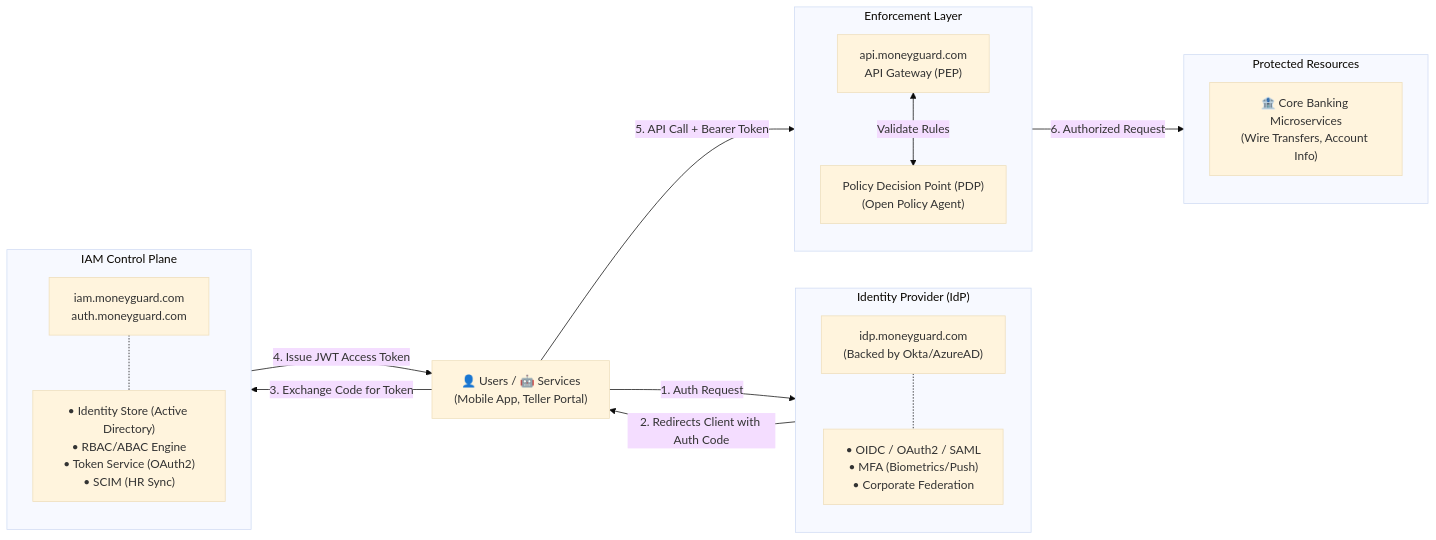
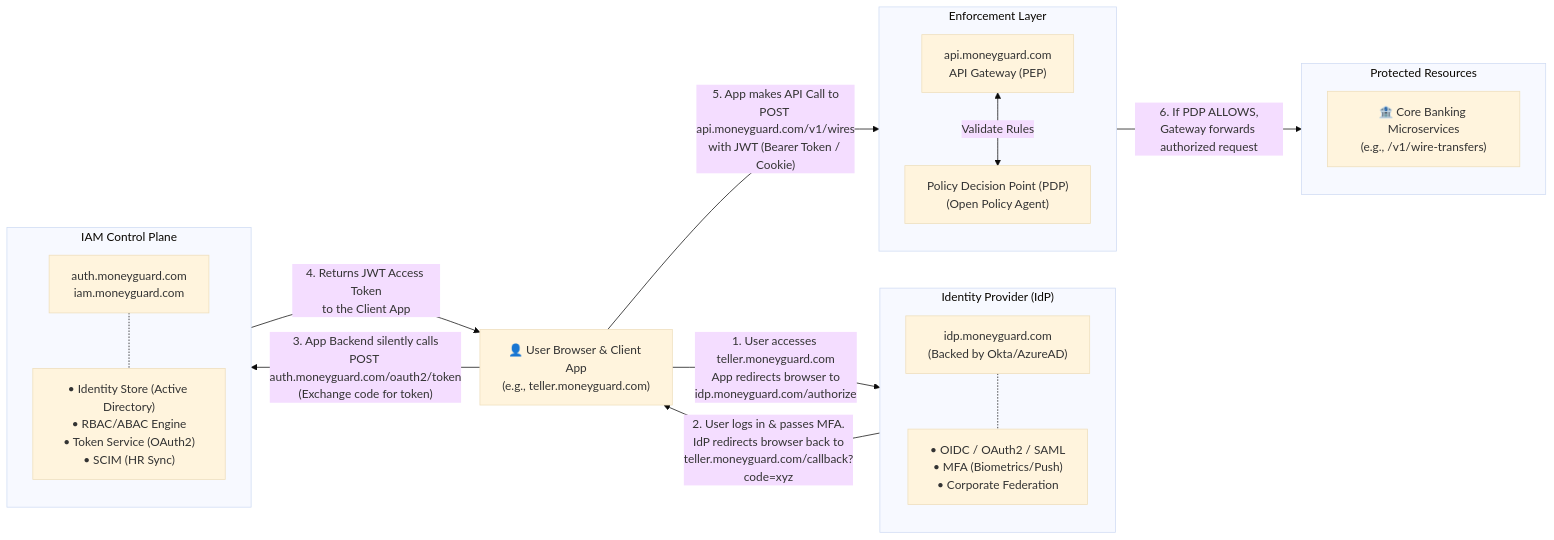
Before and after one commit to nirajp82/IdentityAccessManagement_IAM: the first of 2 diagrams in 02_AuthN_Federation/01_ZeroTrustIAMArchitecture.md, drawn with Mermaid (base theme). The commit also changed other lines of this file, not shown here.

Commit message:
Revise Zero-Trust IAM architecture diagram
Updated the architecture diagram to reflect user access flow and resource details.

````diff
--- a/02_AuthN_Federation/01_ZeroTrustIAMArchitecture.md
+++ b/02_AuthN_Federation/01_ZeroTrustIAMArchitecture.md
@@ -17,41 +16,41 @@
 ```mermaid
 flowchart LR
-    %% Define User Node
-    US["👤 Users / 🤖 Services<br>(Mobile App, Teller Portal)"]
+    %% Define User/Client Node
+    US["👤 User Browser & Client App<br>(e.g., teller.moneyguard.com)"]
 
     %% Define Subgraphs with Details
     subgraph IDP_Layer ["Identity Provider (IdP)"]
         direction TB
         IDP["idp.moneyguard.com<br>(Backed by Okta/AzureAD)"]
         IDP_Features["• OIDC / OAuth2 / SAML<br>• MFA (Biometrics/Push)<br>• Corporate Federation"]
         IDP -.- IDP_Features
     end
 
     subgraph IAM_Layer ["IAM Control Plane"]
         direction TB
-        IAM["iam.moneyguard.com<br>auth.moneyguard.com"]
+        IAM["auth.moneyguard.com<br>iam.moneyguard.com"]
         IAM_Features["• Identity Store (Active Directory)<br>• RBAC/ABAC Engine<br>• Token Service (OAuth2)<br>• SCIM (HR Sync)"]
         IAM -.- IAM_Features
     end
 
     subgraph ENF_Layer ["Enforcement Layer"]
         direction TB
         ENF["api.moneyguard.com<br>API Gateway (PEP)"]
         PDP["Policy Decision Point (PDP)<br>(Open Policy Agent)"]
         ENF <-->|Validate Rules| PDP
     end
 
     subgraph RES_Layer ["Protected Resources"]
         direction TB
-        RES["🏦 Core Banking Microservices<br>(Wire Transfers, Account Info)"]
+        RES["🏦 Core Banking Microservices<br>(e.g., /v1/wire-transfers)"]
     end
 
-    %% Define the Step-by-Step Flow
-    US -->|1. Auth Request| IDP
-    IDP -->|2. Redirects Client with Auth Code| US
-    US -->|3. Exchange Code for Token| IAM
-    IAM -->|4. Issue JWT Access Token| US
-    US -->|5. API Call + Bearer Token| ENF
-    ENF -->|6. Authorized Request| RES
+    %% Define the Step-by-Step Flow with URLs and Redirections
+    US -->|"1. User accesses teller.moneyguard.com<br>App redirects browser to<br>idp.moneyguard.com/authorize"| IDP
+    IDP -->|"2. User logs in & passes MFA.<br>IdP redirects browser back to<br>teller.moneyguard.com/callback?code=xyz"| US
+    US -->|"3. App Backend silently calls<br>POST auth.moneyguard.com/oauth2/token<br>(Exchange code for token)"| IAM
+    IAM -->|"4. Returns JWT Access Token<br>to the Client App"| US
+    US -->|"5. App makes API Call to<br>POST api.moneyguard.com/v1/wires<br>with JWT (Bearer Token / Cookie)"| ENF
+    ENF -->|"6. If PDP ALLOWS,<br>Gateway forwards authorized request"| RES
 
 ```
````
